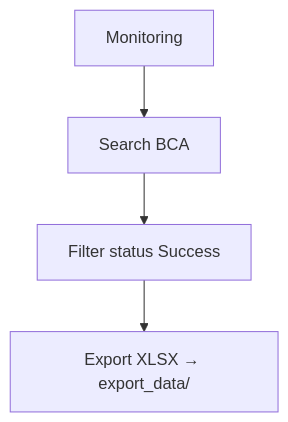
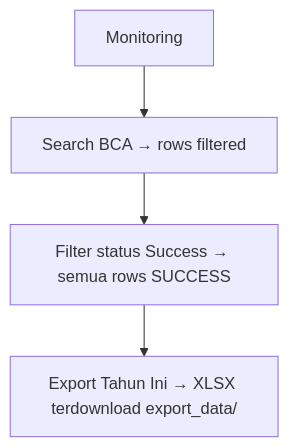
The fifth of 8 diagrams in docs/user-guide/biller-agg.md (rogo-s/Qa-Automation-Kickstarter), drawn with Mermaid before and after one commit. The commit also changed other lines of this file and 1 other file, not shown here.

Commit message:
docs: biller-agg user guide v1.1 detail lengkap per menu + flowchart + sesi validasi terpisah, 15K md + 44K docx

````diff
--- a/docs/user-guide/biller-agg.md
+++ b/docs/user-guide/biller-agg.md
@@ -121,6 +153,6 @@
 ```mermaid
 flowchart TD
-    A[Monitoring] --> B[Search BCA]
-    B --> C[Filter status Success]
-    C --> D[Export XLSX → export_data/]
+    A[Monitoring] --> B[Search BCA → rows filtered]
+    B --> C[Filter status Success → semua rows SUCCESS]
+    C --> D[Export Tahun Ini → XLSX terdownload export_data/]
 ```
````
